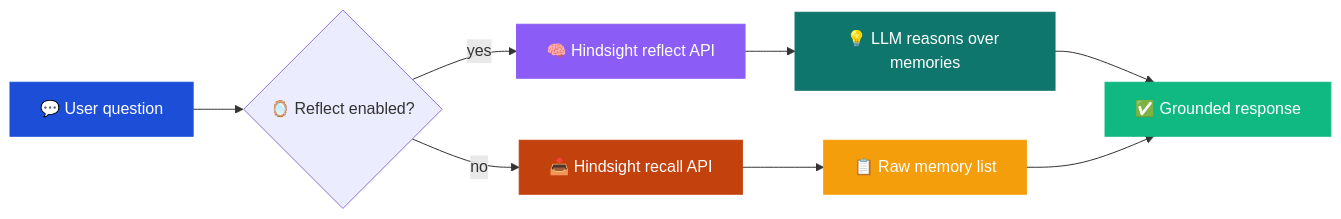
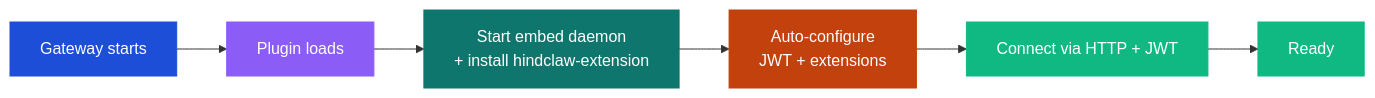
Before and after one commit to mrkhachaturov/hindclaw: the seventh of 7 diagrams in README.md, drawn with Mermaid. The commit also changed other lines of this file and 8 other files, not shown here.

First line of the commit message:
docs: update docs for server-side architecture and Terraform provider

````diff
--- a/README.md
+++ b/README.md
@@ -210,17 +375,15 @@
 ```mermaid
 graph LR
-    Q["💬 User question"] --> MODE{"🪞 Reflect enabled?"}
-    MODE -->|yes| REFLECT["🧠 Hindsight reflect API"]
-    MODE -->|no| RECALL["📥 Hindsight recall API"]
-    REFLECT --> REASON["💡 LLM reasons over memories"]
-    REASON --> ANSWER["✅ Grounded response"]
-    RECALL --> RAW["📋 Raw memory list"]
-    RAW --> ANSWER
+    GW["Gateway starts"] --> PLUGIN["Plugin loads"]
+    PLUGIN --> DAEMON["Start embed daemon<br/>+ install hindclaw-extension"]
+    DAEMON --> CONFIG["Auto-configure<br/>JWT + extensions"]
+    CONFIG --> HTTP["Connect via HTTP + JWT"]
+    HTTP --> READY["Ready"]
 
-    style Q fill:#1d4ed8,color:#fff,stroke:#1d4ed8
-    style REFLECT fill:#8b5cf6,color:#fff,stroke:#8b5cf6
-    style RECALL fill:#c2410c,color:#fff,stroke:#c2410c
-    style REASON fill:#0f766e,color:#fff,stroke:#0f766e
-    style RAW fill:#f59e0b,color:#fff,stroke:#f59e0b
-    style ANSWER fill:#10b981,color:#fff,stroke:#10b981
+    style GW fill:#1d4ed8,color:#fff,stroke:#1d4ed8
+    style PLUGIN fill:#8b5cf6,color:#fff,stroke:#8b5cf6
+    style DAEMON fill:#0f766e,color:#fff,stroke:#0f766e
+    style CONFIG fill:#c2410c,color:#fff,stroke:#c2410c
+    style HTTP fill:#10b981,color:#fff,stroke:#10b981
+    style READY fill:#10b981,color:#fff,stroke:#10b981
 ```
````
